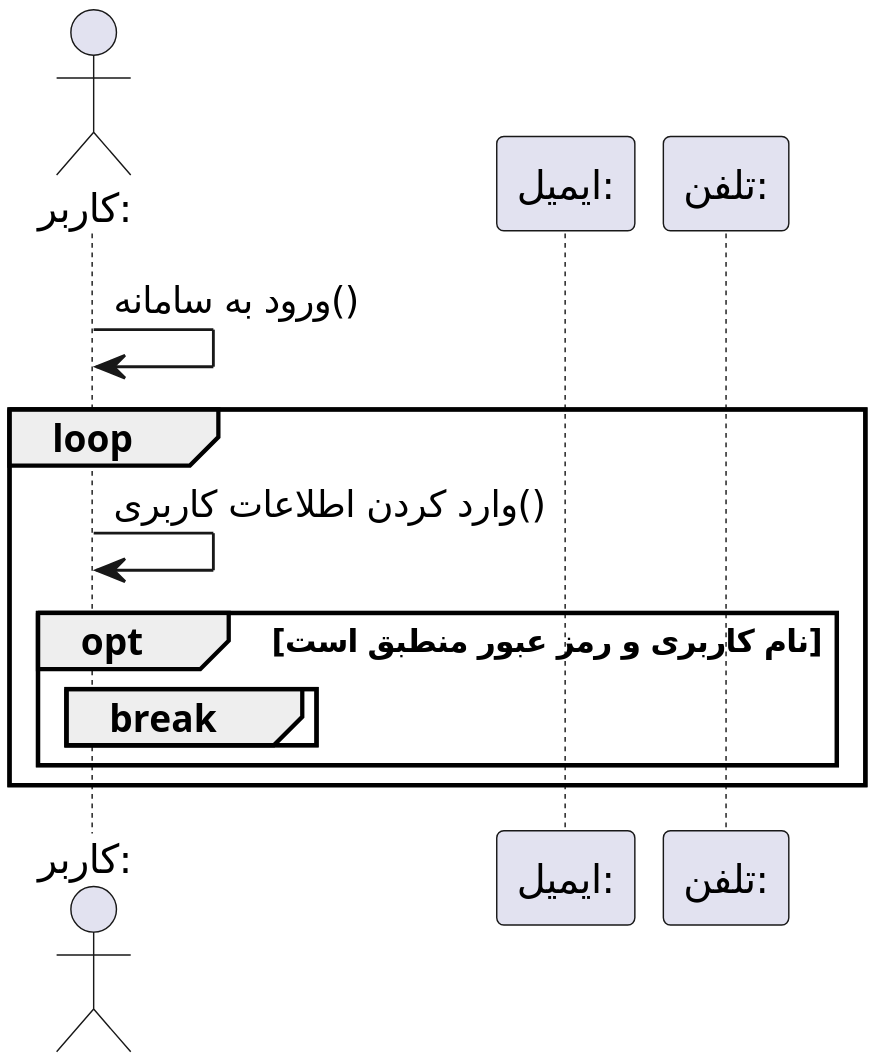
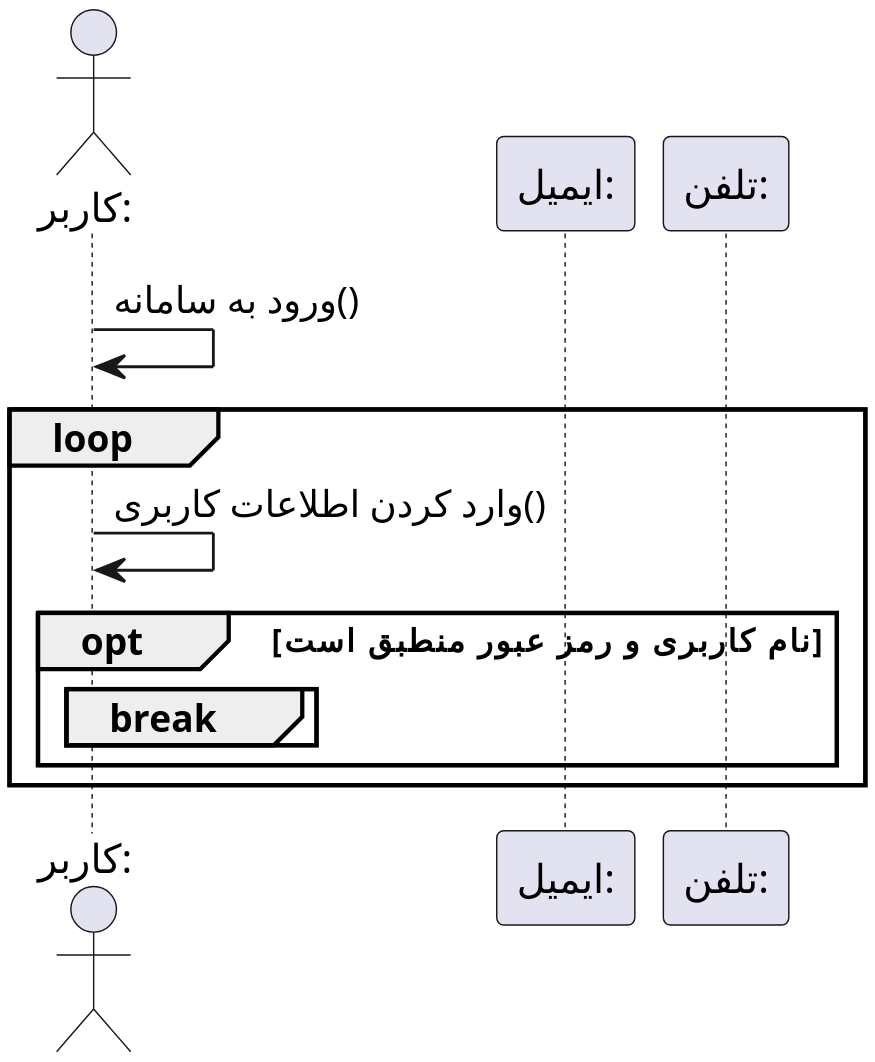
The diagram in Diagrams/Sequence/Login.puml (soleyman79/Qasedak), drawn with PlantUML before and after one commit. The commit also changed 7 other files, not shown here.

```diff
--- a/Diagrams/Sequence/Login.puml
+++ b/Diagrams/Sequence/Login.puml
@@ -1,26 +1,23 @@
 @startuml login
 
 
 scale 3
-skinparam ActorFontName B Nazanin
-skinparam ParticipantFontName B Nazanin
-skinparam DefaultFontName B Nazanin
-skinparam SequenceGroupHeaderFontName Arial
+skinparam DefaultFontName Vazir
 skinparam DefaultTextAlignment left
 
  
 actor "کاربر:" as user
 participant "ایمیل:" as email
 participant "تلفن:" as phone
 
 user -> user : ورود به سامانه()
 loop
     user -> user: وارد کردن اطلاعات کاربری()
     opt نام کاربری و رمز عبور منطبق است
         break
         end
     end
 end
 
 
 @enduml
```
